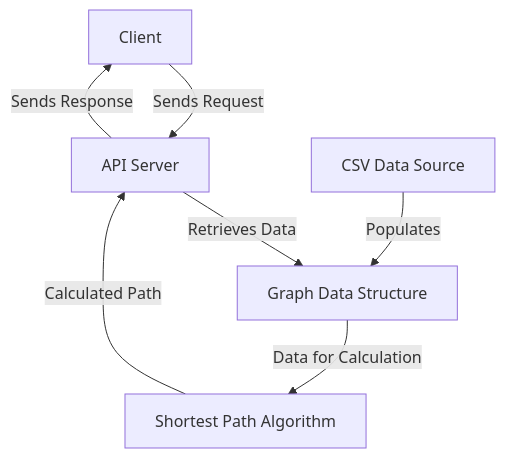
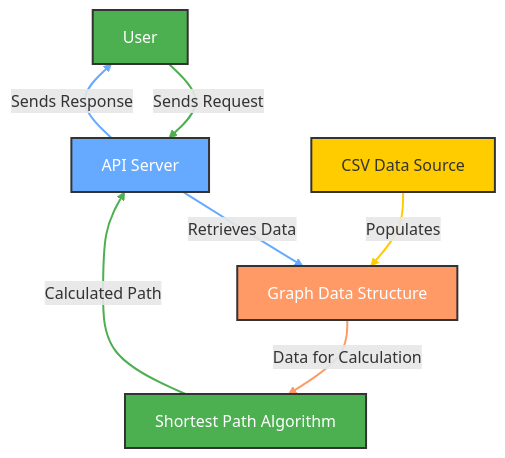
One commit to algosup/2024-2025-project-3-quickest-path-team-4 changed the second of 7 diagrams in technicalSpecifications/technicalSpecifications.md. Above: the diagram before and after it, drawn with Mermaid. The commit also changed other lines of this file, not shown here.

````diff
--- a/technicalSpecifications/technicalSpecifications.md
+++ b/technicalSpecifications/technicalSpecifications.md
@@ -690,9 +703,22 @@
 ```mermaid
 graph TD
-    A[Client] -->|Sends Request| B[API Server]
+    A[User] -->|Sends Request| B[API Server]
     B -->|Retrieves Data| C[Graph Data Structure]
     C -->|Data for Calculation| D[Shortest Path Algorithm]
     D -->|Calculated Path| B
     B -->|Sends Response| A
     E[CSV Data Source] -->|Populates| C
+
+    style A fill:#4caf50,stroke:#333,stroke-width:2px,color:#fff,rounded
+    style B fill:#6af,stroke:#333,stroke-width:2px,color:#fff,rounded
+    style C fill:#f96,stroke:#333,stroke-width:2px,color:#fff,rounded
+    style D fill:#4caf50,stroke:#333,stroke-width:2px,color:#fff,rounded
+    style E fill:#ffcc00,stroke:#333,stroke-width:2px,color:#333,rounded
+
+    linkStyle 0 stroke:#4caf50,stroke-width:2px
+    linkStyle 1 stroke:#6af,stroke-width:2px
+    linkStyle 2 stroke:#f96,stroke-width:2px
+    linkStyle 3 stroke:#4caf50,stroke-width:2px
+    linkStyle 4 stroke:#6af,stroke-width:2px
+    linkStyle 5 stroke:#ffcc00,stroke-width:2px
 ```
````
